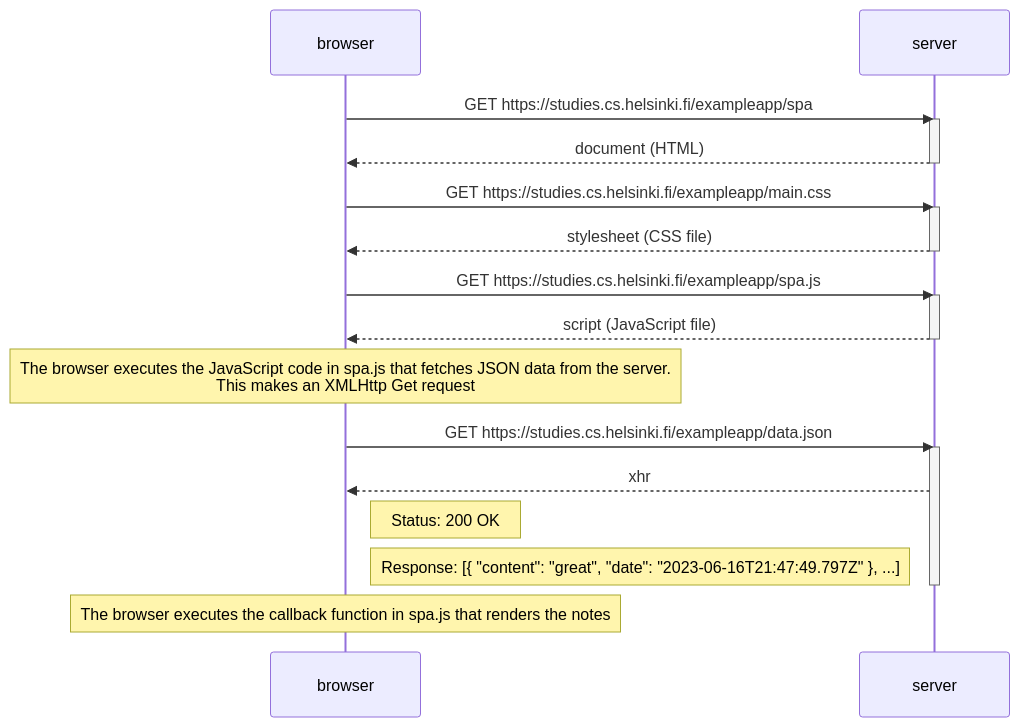
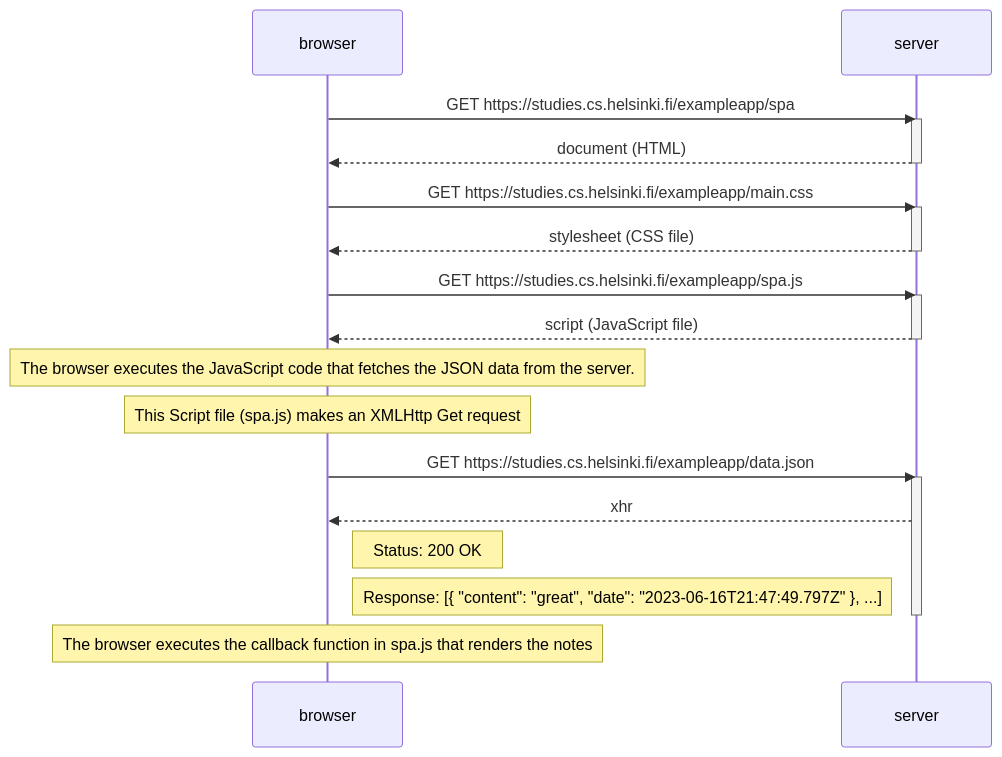
The diagram in part0/ex5.md (michaelikoko/fullstackopen_exercises), drawn with Mermaid before and after one commit.

````diff
--- a/part0/ex5.md
+++ b/part0/ex5.md
@@ -1,32 +1,33 @@
 ```mermaid
 sequenceDiagram
     participant browser
     participant server
 
 
     browser->>server: GET https://studies.cs.helsinki.fi/exampleapp/spa
     activate server
     server-->>browser: document (HTML)
     deactivate server
 
     browser->>server: GET https://studies.cs.helsinki.fi/exampleapp/main.css
     activate server
     server-->>browser: stylesheet (CSS file)
     deactivate server
 
     browser->>server: GET https://studies.cs.helsinki.fi/exampleapp/spa.js
     activate server
     server-->>browser: script (JavaScript file)
     deactivate server
 
-    Note over browser: The browser executes the JavaScript code in spa.js that fetches JSON data from the server.<br>This makes an XMLHttp Get request
+    Note over browser:  The browser executes the JavaScript code that fetches the JSON data from the server.
+    Note over browser: This Script file (spa.js) makes an XMLHttp Get request
 
     browser->>server: GET https://studies.cs.helsinki.fi/exampleapp/data.json
     activate server
     server-->>browser: xhr
     Note right of browser: Status: 200 OK
     Note right of browser: Response: [{ "content": "great", "date": "2023-06-16T21:47:49.797Z" }, ...]
     deactivate server
 
     Note over browser: The browser executes the callback function in spa.js that renders the notes
 ```
````
